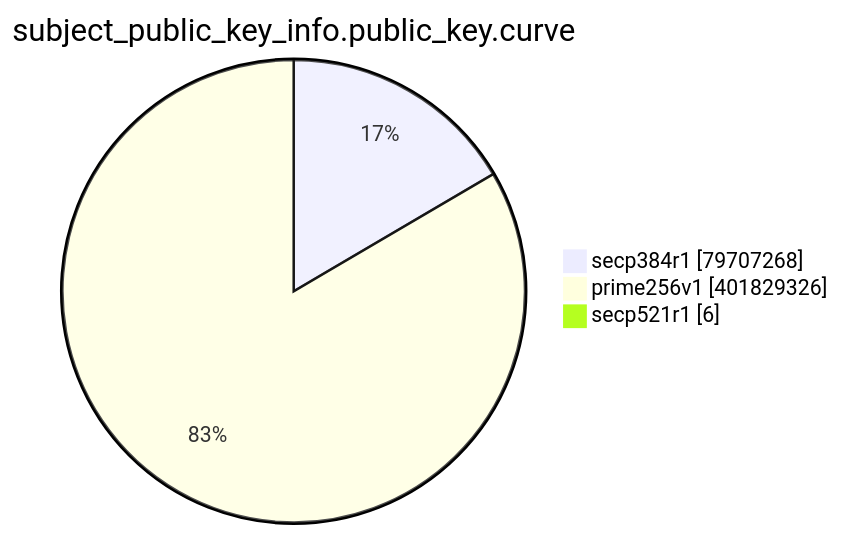
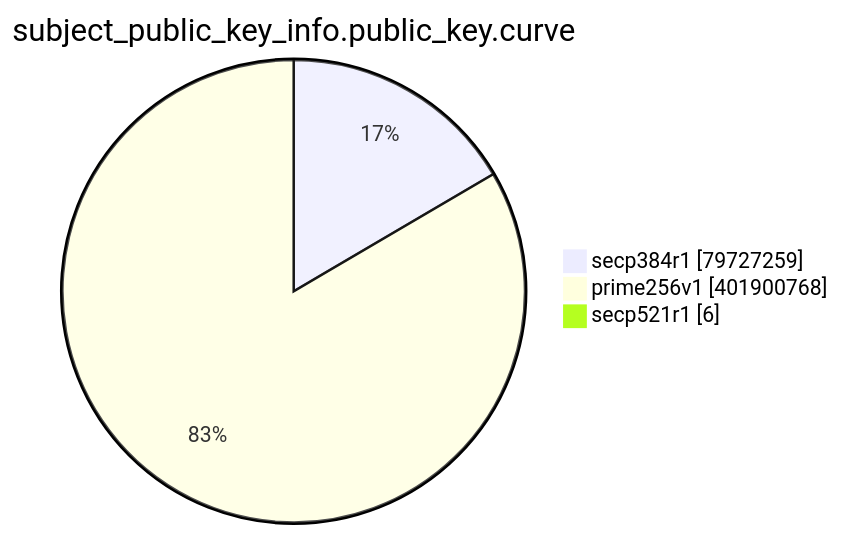
Before and after one commit to christiankrug/ctmonitor_visualization: the eighth of 15 diagrams in TOTAL/README.md, drawn with Mermaid. The commit also changed other lines of this file, not shown here.

````diff
--- a/TOTAL/README.md
+++ b/TOTAL/README.md
@@ -3095,7 +3095,7 @@
 ```mermaid
 pie showData
 title subject_public_key_info.public_key.curve
-"secp384r1" :79707268
-"prime256v1" :401829326
+"secp384r1" :79727259
+"prime256v1" :401900768
 "secp521r1" :6
 ```
````
